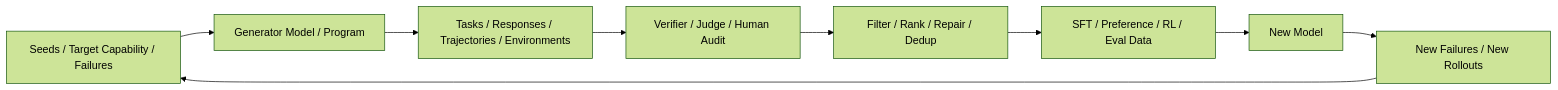
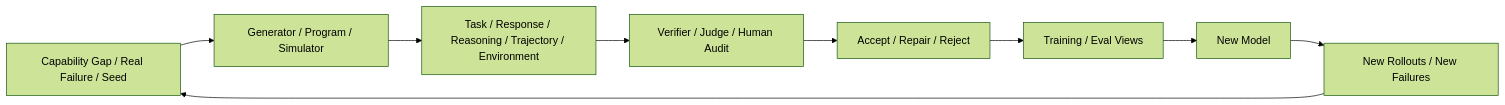
The diagram in LLM_Agent_Data/07_Synthetic_Data_Generation_and_Synthesis.md (JiangHui0203/Homework), drawn with Mermaid (forest theme) before and after one commit. The commit also changed other lines of this file, not shown here.

````diff
--- a/LLM_Agent_Data/07_Synthetic_Data_Generation_and_Synthesis.md
+++ b/LLM_Agent_Data/07_Synthetic_Data_Generation_and_Synthesis.md
@@ -39,11 +31,11 @@
 ```mermaid
 flowchart LR
-    A[Seeds / Target Capability / Failures] --> B[Generator Model / Program]
-    B --> C[Tasks / Responses / Trajectories / Environments]
+    A[Capability Gap / Real Failure / Seed] --> B[Generator / Program / Simulator]
+    B --> C[Task / Response / Reasoning / Trajectory / Environment]
     C --> D[Verifier / Judge / Human Audit]
-    D --> E[Filter / Rank / Repair / Dedup]
-    E --> F[SFT / Preference / RL / Eval Data]
+    D --> E[Accept / Repair / Reject]
+    E --> F[Training / Eval Views]
     F --> G[New Model]
-    G --> H[New Failures / New Rollouts]
+    G --> H[New Rollouts / New Failures]
     H --> A
 ```
````
